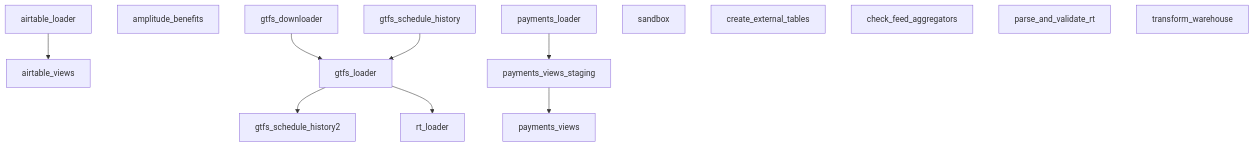
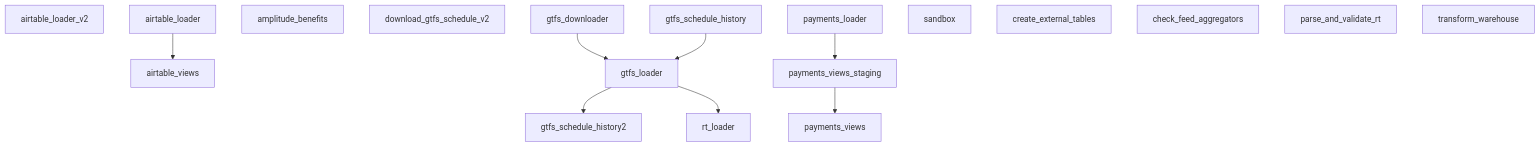
The diagram in docs/airflow/production-maintenance.md (cal-itp/data-infra), drawn with Mermaid before and after one commit.

Commit message:
docs: add new dags to dependency diagram

````diff
--- a/docs/airflow/production-maintenance.md
+++ b/docs/airflow/production-maintenance.md
@@ -68,16 +68,18 @@
 ```{mermaid}
   graph TD;
+      airtable_loader_v2;
       airtable_loader-->airtable_views;
       amplitude_benefits;
+      download_gtfs_schedule_v2;
       gtfs_downloader-->gtfs_loader;
       gtfs_schedule_history-->gtfs_loader;
       gtfs_loader-->gtfs_schedule_history2;
       payments_loader-->payments_views_staging;
       payments_views_staging-->payments_views;
       gtfs_loader-->rt_loader;
       sandbox;
       create_external_tables;
       check_feed_aggregators;
       parse_and_validate_rt;
       transform_warehouse;
 ```
````
